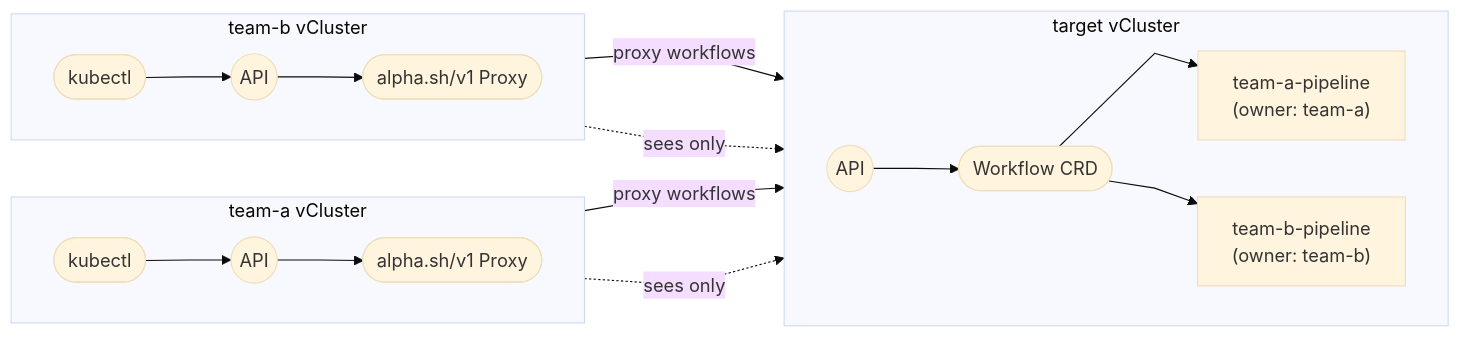
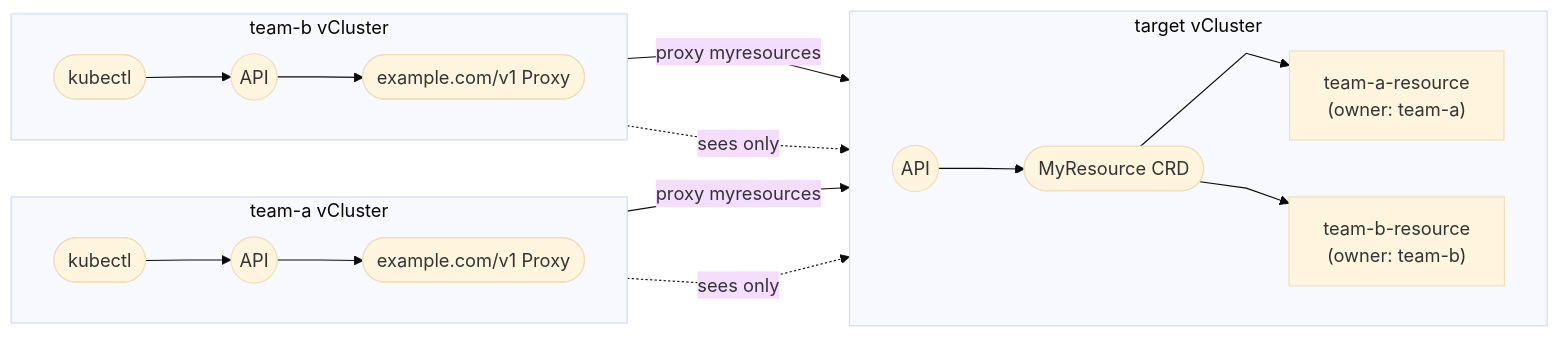
One commit to loft-sh/vcluster-docs changed the second of 4 diagrams in vcluster/configure/vcluster-yaml/experimental/proxy.mdx. Above: the diagram before and after it, drawn with Mermaid. The commit also changed other lines of this file and 4 other files, not shown here.

Commit message:
Rename example objects in resource proxy doc

````diff
--- a/vcluster/configure/vcluster-yaml/experimental/proxy.mdx
+++ b/vcluster/configure/vcluster-yaml/experimental/proxy.mdx
@@ -81,32 +81,32 @@
 ```mermaid
 %%{init: {'theme': 'base', 'flowchart': {'curve': 'linear', 'htmlLabels': 'true'}}}%%
 flowchart LR
   subgraph team_a_vc["team-a vCluster"]
     direction LR
-    a_kubectl([kubectl]) --> a_api((API)) --> a_proxy([alpha.sh/v1 Proxy])
+    a_kubectl([kubectl]) --> a_api((API)) --> a_proxy([example.com/v1 Proxy])
   end
 
   subgraph team_b_vc["team-b vCluster"]
     direction LR
-    b_kubectl([kubectl]) --> b_api((API)) --> b_proxy([alpha.sh/v1 Proxy])
+    b_kubectl([kubectl]) --> b_api((API)) --> b_proxy([example.com/v1 Proxy])
   end
 
   subgraph target_vc["target vCluster"]
     direction LR
-    t_api((API)) --> t_crd([Workflow CRD])
-    t_crd --> wf_a["team-a-pipeline<br/>(owner: team-a)"]
-    t_crd --> wf_b["team-b-pipeline<br/>(owner: team-b)"]
+    t_api((API)) --> t_crd([MyResource CRD])
+    t_crd --> wf_a["team-a-resource<br/>(owner: team-a)"]
+    t_crd --> wf_b["team-b-resource<br/>(owner: team-b)"]
 
     %% vertical centering constraints (invisible)
     wf_a ~~~ t_api
     t_api ~~~ wf_b
     wf_a ~~~ t_crd
     t_crd ~~~ wf_b
   end
 
-  a_proxy -->|proxy workflows| t_api
-  b_proxy -->|proxy workflows| t_api
+  a_proxy -->|proxy myresources| t_api
+  b_proxy -->|proxy myresources| t_api
 
   a_proxy -.->|sees only| wf_a
   b_proxy -.->|sees only| wf_b
 ```
````
